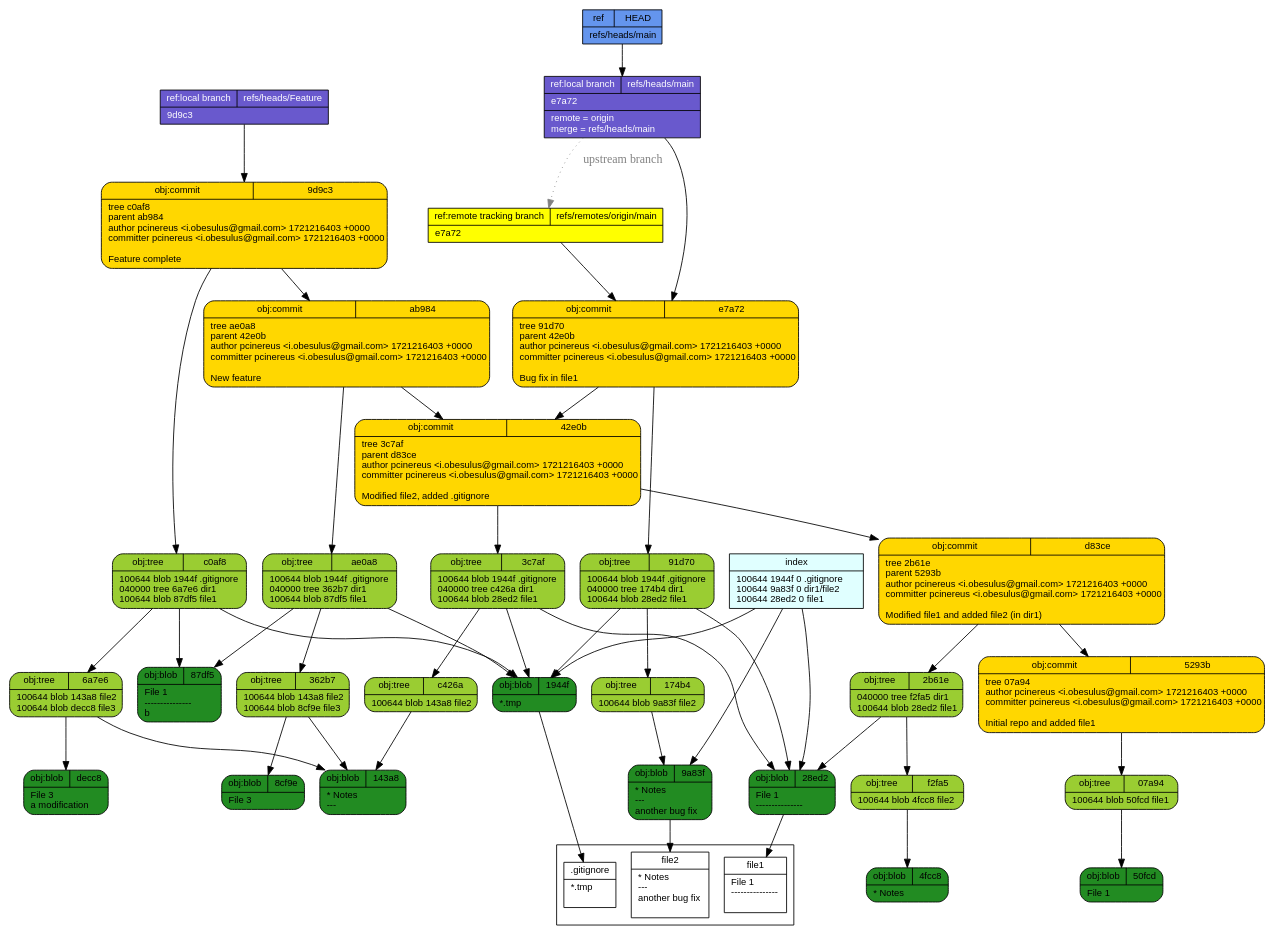
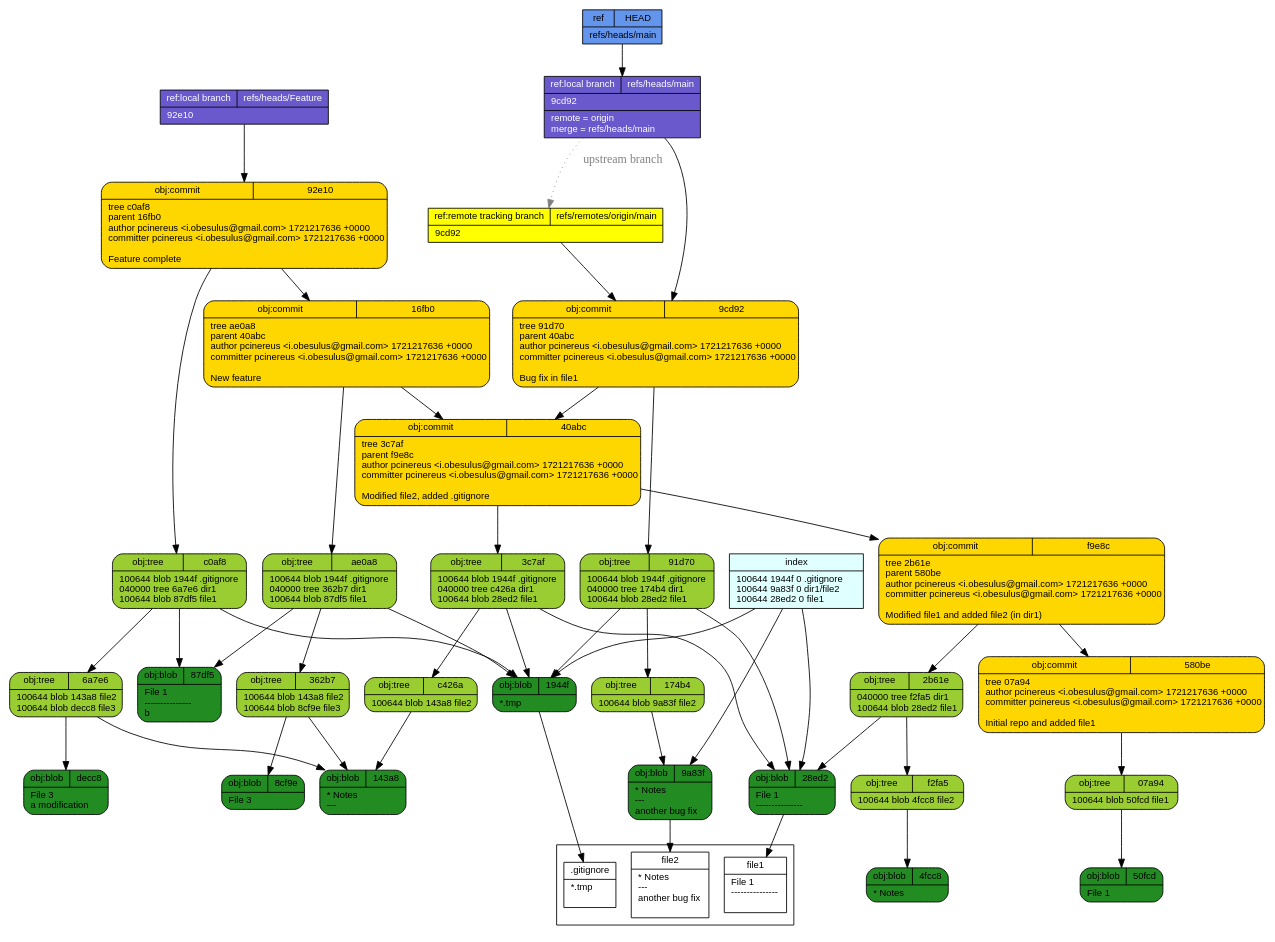
Before and after one commit to pcinereus/SUYRs_documents: the diagram in tut/git-draw.dot, drawn with Graphviz. The commit also changed 612 other files, not shown here.

```diff
--- a/tut/git-draw.dot
+++ b/tut/git-draw.dot
@@ -1,57 +1,57 @@
 digraph structs {
   node [shape=record,fontsize=11,fontname="arial"];
   rankdir="TB";
   _f2fa5 [fillcolor="yellowgreen", style="filled,rounded", label="{{obj:tree|f2fa5}|100644\ blob\ 4fcc8\	file2\l}"]  _f2fa5 -> _4fcc8
   _07a94 [fillcolor="yellowgreen", style="filled,rounded", label="{{obj:tree|07a94}|100644\ blob\ 50fcd\	file1\l}"]  _07a94 -> _50fcd
   _143a8 [fillcolor="forestgreen", style="filled,rounded", label="{{obj:blob|143a8}|\*\ Notes\l\-\-\-\l}"]  _c0af8 [fillcolor="yellowgreen", style="filled,rounded", label="{{obj:tree|c0af8}|100644\ blob\ 1944f\	\.gitignore\l040000\ tree\ 6a7e6\	dir1\l100644\ blob\ 87df5\	file1\l}"]  _c0af8 -> _1944f
   _c0af8 -> _6a7e6
   _c0af8 -> _87df5
-  _4fcc8 [fillcolor="forestgreen", style="filled,rounded", label="{{obj:blob|4fcc8}|\*\ Notes\l}"]  _ab984 [fillcolor="gold", style="filled,rounded", label="{{obj:commit|ab984}|tree\ ae0a8\lparent\ 42e0b\lauthor\ pcinereus\ \<i\.obesulus\@gmail\.com\>\ 1721216403\ \+0000\lcommitter\ pcinereus\ \<i\.obesulus\@gmail\.com\>\ 1721216403\ \+0000\l\lNew\ feature\l}"]  _ab984 -> _ae0a8
-  _ab984 -> _42e0b
-  _42e0b [fillcolor="gold", style="filled,rounded", label="{{obj:commit|42e0b}|tree\ 3c7af\lparent\ d83ce\lauthor\ pcinereus\ \<i\.obesulus\@gmail\.com\>\ 1721216403\ \+0000\lcommitter\ pcinereus\ \<i\.obesulus\@gmail\.com\>\ 1721216403\ \+0000\l\lModified\ file2\,\ added\ \.gitignore\l}"]  _42e0b -> _3c7af
-  _42e0b -> _d83ce
+  _4fcc8 [fillcolor="forestgreen", style="filled,rounded", label="{{obj:blob|4fcc8}|\*\ Notes\l}"]  _580be [fillcolor="gold", style="filled,rounded", label="{{obj:commit|580be}|tree\ 07a94\lauthor\ pcinereus\ \<i\.obesulus\@gmail\.com\>\ 1721217636\ \+0000\lcommitter\ pcinereus\ \<i\.obesulus\@gmail\.com\>\ 1721217636\ \+0000\l\lInitial\ repo\ and\ added\ file1\l}"]  _580be -> _07a94
+  _16fb0 [fillcolor="gold", style="filled,rounded", label="{{obj:commit|16fb0}|tree\ ae0a8\lparent\ 40abc\lauthor\ pcinereus\ \<i\.obesulus\@gmail\.com\>\ 1721217636\ \+0000\lcommitter\ pcinereus\ \<i\.obesulus\@gmail\.com\>\ 1721217636\ \+0000\l\lNew\ feature\l}"]  _16fb0 -> _ae0a8
+  _16fb0 -> _40abc
   _c426a [fillcolor="yellowgreen", style="filled,rounded", label="{{obj:tree|c426a}|100644\ blob\ 143a8\	file2\l}"]  _c426a -> _143a8
-  _1944f [fillcolor="forestgreen", style="filled,rounded", label="{{obj:blob|1944f}|\*\.tmp\l}"]  _50fcd [fillcolor="forestgreen", style="filled,rounded", label="{{obj:blob|50fcd}|File\ 1\l}"]  _9d9c3 [fillcolor="gold", style="filled,rounded", label="{{obj:commit|9d9c3}|tree\ c0af8\lparent\ ab984\lauthor\ pcinereus\ \<i\.obesulus\@gmail\.com\>\ 1721216403\ \+0000\lcommitter\ pcinereus\ \<i\.obesulus\@gmail\.com\>\ 1721216403\ \+0000\l\lFeature\ complete\l}"]  _9d9c3 -> _c0af8
-  _9d9c3 -> _ab984
-  _8cf9e [fillcolor="forestgreen", style="filled,rounded", label="{{obj:blob|8cf9e}|File\ 3\l}"]  _91d70 [fillcolor="yellowgreen", style="filled,rounded", label="{{obj:tree|91d70}|100644\ blob\ 1944f\	\.gitignore\l040000\ tree\ 174b4\	dir1\l100644\ blob\ 28ed2\	file1\l}"]  _91d70 -> _1944f
+  _1944f [fillcolor="forestgreen", style="filled,rounded", label="{{obj:blob|1944f}|\*\.tmp\l}"]  _50fcd [fillcolor="forestgreen", style="filled,rounded", label="{{obj:blob|50fcd}|File\ 1\l}"]  _92e10 [fillcolor="gold", style="filled,rounded", label="{{obj:commit|92e10}|tree\ c0af8\lparent\ 16fb0\lauthor\ pcinereus\ \<i\.obesulus\@gmail\.com\>\ 1721217636\ \+0000\lcommitter\ pcinereus\ \<i\.obesulus\@gmail\.com\>\ 1721217636\ \+0000\l\lFeature\ complete\l}"]  _92e10 -> _c0af8
+  _92e10 -> _16fb0
+  _8cf9e [fillcolor="forestgreen", style="filled,rounded", label="{{obj:blob|8cf9e}|File\ 3\l}"]  _40abc [fillcolor="gold", style="filled,rounded", label="{{obj:commit|40abc}|tree\ 3c7af\lparent\ f9e8c\lauthor\ pcinereus\ \<i\.obesulus\@gmail\.com\>\ 1721217636\ \+0000\lcommitter\ pcinereus\ \<i\.obesulus\@gmail\.com\>\ 1721217636\ \+0000\l\lModified\ file2\,\ added\ \.gitignore\l}"]  _40abc -> _3c7af
+  _40abc -> _f9e8c
+  _91d70 [fillcolor="yellowgreen", style="filled,rounded", label="{{obj:tree|91d70}|100644\ blob\ 1944f\	\.gitignore\l040000\ tree\ 174b4\	dir1\l100644\ blob\ 28ed2\	file1\l}"]  _91d70 -> _1944f
   _91d70 -> _174b4
   _91d70 -> _28ed2
-  _e7a72 [fillcolor="gold", style="filled,rounded", label="{{obj:commit|e7a72}|tree\ 91d70\lparent\ 42e0b\lauthor\ pcinereus\ \<i\.obesulus\@gmail\.com\>\ 1721216403\ \+0000\lcommitter\ pcinereus\ \<i\.obesulus\@gmail\.com\>\ 1721216403\ \+0000\l\lBug\ fix\ in\ file1\l}"]  _e7a72 -> _91d70
-  _e7a72 -> _42e0b
   _9a83f [fillcolor="forestgreen", style="filled,rounded", label="{{obj:blob|9a83f}|\*\ Notes\l\-\-\-\l\ another\ bug\ fix\l}"]  _ae0a8 [fillcolor="yellowgreen", style="filled,rounded", label="{{obj:tree|ae0a8}|100644\ blob\ 1944f\	\.gitignore\l040000\ tree\ 362b7\	dir1\l100644\ blob\ 87df5\	file1\l}"]  _ae0a8 -> _1944f
   _ae0a8 -> _362b7
   _ae0a8 -> _87df5
+  _9cd92 [fillcolor="gold", style="filled,rounded", label="{{obj:commit|9cd92}|tree\ 91d70\lparent\ 40abc\lauthor\ pcinereus\ \<i\.obesulus\@gmail\.com\>\ 1721217636\ \+0000\lcommitter\ pcinereus\ \<i\.obesulus\@gmail\.com\>\ 1721217636\ \+0000\l\lBug\ fix\ in\ file1\l}"]  _9cd92 -> _91d70
+  _9cd92 -> _40abc
+  _f9e8c [fillcolor="gold", style="filled,rounded", label="{{obj:commit|f9e8c}|tree\ 2b61e\lparent\ 580be\lauthor\ pcinereus\ \<i\.obesulus\@gmail\.com\>\ 1721217636\ \+0000\lcommitter\ pcinereus\ \<i\.obesulus\@gmail\.com\>\ 1721217636\ \+0000\l\lModified\ file1\ and\ added\ file2\ \(in\ dir1\)\l}"]  _f9e8c -> _2b61e
+  _f9e8c -> _580be
   _2b61e [fillcolor="yellowgreen", style="filled,rounded", label="{{obj:tree|2b61e}|040000\ tree\ f2fa5\	dir1\l100644\ blob\ 28ed2\	file1\l}"]  _2b61e -> _f2fa5
   _2b61e -> _28ed2
-  _d83ce [fillcolor="gold", style="filled,rounded", label="{{obj:commit|d83ce}|tree\ 2b61e\lparent\ 5293b\lauthor\ pcinereus\ \<i\.obesulus\@gmail\.com\>\ 1721216403\ \+0000\lcommitter\ pcinereus\ \<i\.obesulus\@gmail\.com\>\ 1721216403\ \+0000\l\lModified\ file1\ and\ added\ file2\ \(in\ dir1\)\l}"]  _d83ce -> _2b61e
-  _d83ce -> _5293b
   _87df5 [fillcolor="forestgreen", style="filled,rounded", label="{{obj:blob|87df5}|File\ 1\l\-\-\-\-\-\-\-\-\-\-\-\-\-\-\-\lb\l}"]  _362b7 [fillcolor="yellowgreen", style="filled,rounded", label="{{obj:tree|362b7}|100644\ blob\ 143a8\	file2\l100644\ blob\ 8cf9e\	file3\l}"]  _362b7 -> _143a8
   _362b7 -> _8cf9e
   _3c7af [fillcolor="yellowgreen", style="filled,rounded", label="{{obj:tree|3c7af}|100644\ blob\ 1944f\	\.gitignore\l040000\ tree\ c426a\	dir1\l100644\ blob\ 28ed2\	file1\l}"]  _3c7af -> _1944f
   _3c7af -> _c426a
   _3c7af -> _28ed2
   _28ed2 [fillcolor="forestgreen", style="filled,rounded", label="{{obj:blob|28ed2}|File\ 1\l\-\-\-\-\-\-\-\-\-\-\-\-\-\-\-\l}"]  _6a7e6 [fillcolor="yellowgreen", style="filled,rounded", label="{{obj:tree|6a7e6}|100644\ blob\ 143a8\	file2\l100644\ blob\ decc8\	file3\l}"]  _6a7e6 -> _143a8
   _6a7e6 -> _decc8
   _174b4 [fillcolor="yellowgreen", style="filled,rounded", label="{{obj:tree|174b4}|100644\ blob\ 9a83f\	file2\l}"]  _174b4 -> _9a83f
-  _decc8 [fillcolor="forestgreen", style="filled,rounded", label="{{obj:blob|decc8}|File\ 3\l\ a\ modification\l}"]  _5293b [fillcolor="gold", style="filled,rounded", label="{{obj:commit|5293b}|tree\ 07a94\lauthor\ pcinereus\ \<i\.obesulus\@gmail\.com\>\ 1721216403\ \+0000\lcommitter\ pcinereus\ \<i\.obesulus\@gmail\.com\>\ 1721216403\ \+0000\l\lInitial\ repo\ and\ added\ file1\l}"]  _5293b -> _07a94
-  _refs___heads___Feature [style=filled, fillcolor=slateblue3, fontcolor = white,  label="{{ref:local branch|refs\/heads\/Feature}|9d9c3\l}"]
-  _refs___heads___Feature -> _9d9c3
+  _decc8 [fillcolor="forestgreen", style="filled,rounded", label="{{obj:blob|decc8}|File\ 3\l\ a\ modification\l}"]  _refs___heads___Feature [style=filled, fillcolor=slateblue3, fontcolor = white,  label="{{ref:local branch|refs\/heads\/Feature}|92e10\l}"]
+  _refs___heads___Feature -> _92e10
   _refs___heads___main -> _refs___remotes___origin___main [style=dotted, color=gray, fontcolor=gray, label="upstream branch"]
-  _refs___heads___main [style=filled, fillcolor=slateblue3, fontcolor = white,  label="{{ref:local branch|refs\/heads\/main}|e7a72\l|remote\ \=\ origin\lmerge\ \=\ refs\/heads\/main\l}"]
-  _refs___heads___main -> _e7a72
-  _refs___remotes___origin___main [style=filled, fillcolor=yellow, fontcolor = black,  label="{{ref:remote tracking branch|refs\/remotes\/origin\/main}|e7a72\l}"]
-  _refs___remotes___origin___main -> _e7a72
+  _refs___heads___main [style=filled, fillcolor=slateblue3, fontcolor = white,  label="{{ref:local branch|refs\/heads\/main}|9cd92\l|remote\ \=\ origin\lmerge\ \=\ refs\/heads\/main\l}"]
+  _refs___heads___main -> _9cd92
+  _refs___remotes___origin___main [style=filled, fillcolor=yellow, fontcolor = black,  label="{{ref:remote tracking branch|refs\/remotes\/origin\/main}|9cd92\l}"]
+  _refs___remotes___origin___main -> _9cd92
   _HEAD [style=filled, fillcolor=cornflowerblue, fontcolor=black,  label="{{ref|HEAD}|refs\/heads\/main\l}"]
   _HEAD -> _refs___heads___main
   index -> _1944f
   index -> _9a83f
   index -> _28ed2
   index [style=filled, fillcolor=lightcyan, label="{{index}|100644\ 1944f\ 0\	\.gitignore\l100644\ 9a83f\ 0\	dir1\/file2\l100644\ 28ed2\ 0\	file1\l}"]
 subgraph cluster_1 {rank=sink  _gitignore [fillcolor="white", label="{{.gitignore}|*.tmp\l\l}"] 
   _file2 [fillcolor="white", label="{{file2}|* Notes\l---\l another bug fix\l\l}"] 
   _file1 [fillcolor="white", label="{{file1}|File 1\l---------------\l\l}"] 
 }
  _1944f -> _gitignore
  _9a83f -> _file2
  _28ed2 -> _file1
 }
```
